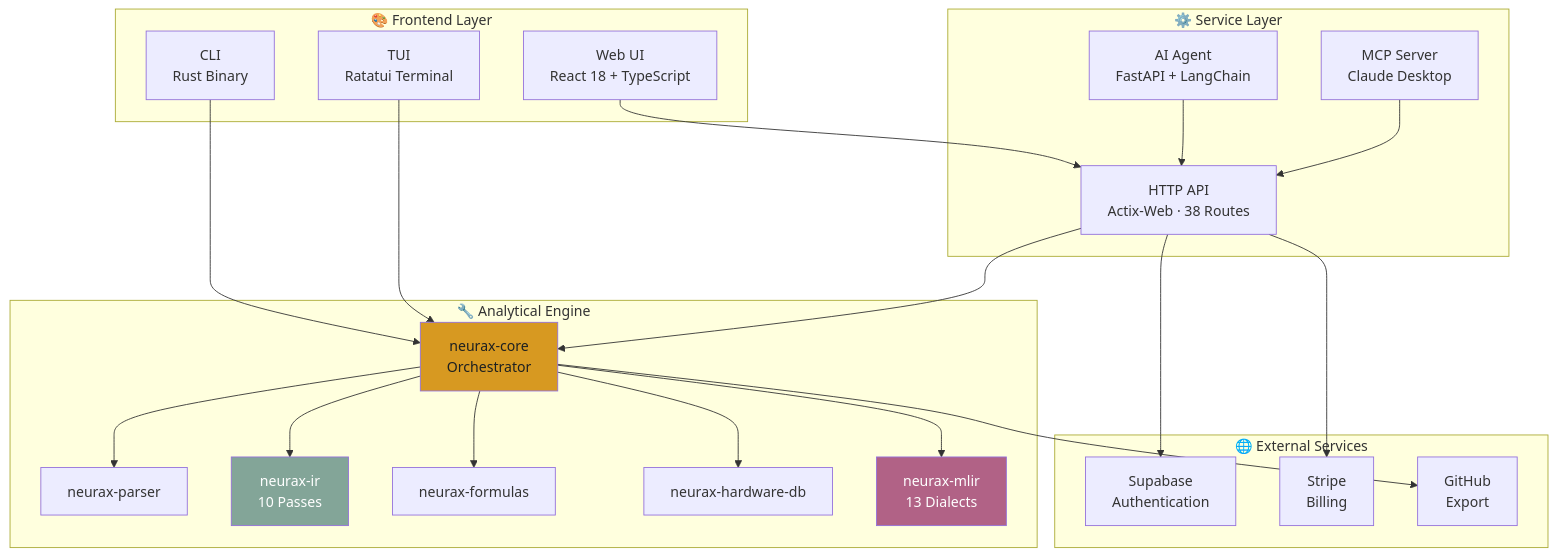
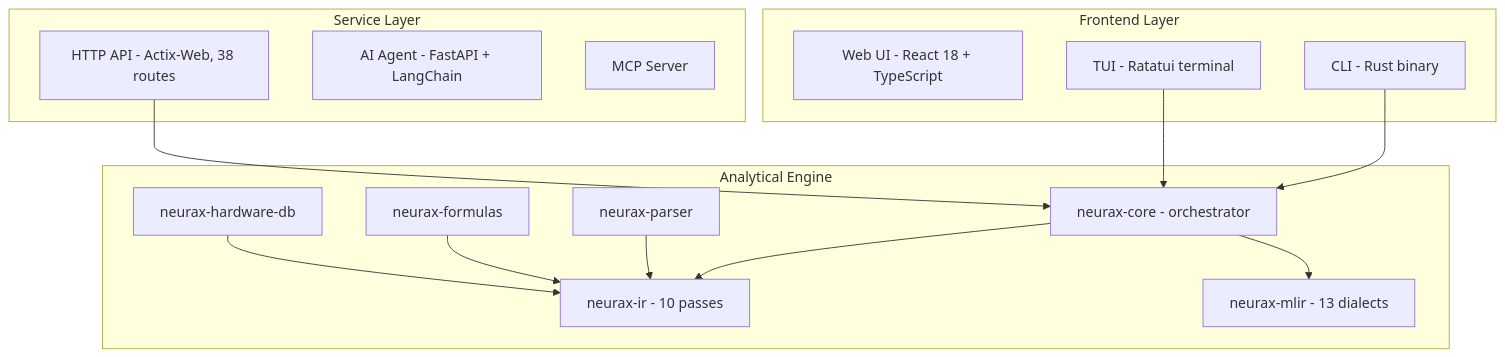
One commit to NEURAX-canvas/NEURAX changed the third of 3 diagrams in README.md. Above: the diagram before and after it, drawn with Mermaid. The commit also changed other lines of this file, not shown here.

````diff
--- a/README.md
+++ b/README.md
@@ -149,50 +123,29 @@
 ```mermaid
 graph TB
-    subgraph Frontend["🎨 Frontend Layer"]
-        UI[Web UI<br/>React 18 + TypeScript]
-        CLI[CLI<br/>Rust Binary]
-        TUI[TUI<br/>Ratatui Terminal]
+    subgraph Frontend["Frontend Layer"]
+        UI[Web UI - React 18 + TypeScript]
+        CLI[CLI - Rust binary]
+        TUI[TUI - Ratatui terminal]
     end
-    
-    subgraph Services["⚙️ Service Layer"]
-        API[HTTP API<br/>Actix-Web · 38 Routes]
-        Agent[AI Agent<br/>FastAPI + LangChain]
-        MCP[MCP Server<br/>Claude Desktop]
+    subgraph Services["Service Layer"]
+        API[HTTP API - Actix-Web, 38 routes]
+        Agent[AI Agent - FastAPI + LangChain]
+        MCP[MCP Server]
     end
-    
-    subgraph Engine["🔧 Analytical Engine"]
+    subgraph Engine["Analytical Engine"]
         Parser[neurax-parser]
-        IR[neurax-ir<br/>10 Passes]
-        Core[neurax-core<br/>Orchestrator]
+        IR[neurax-ir - 10 passes]
+        Core[neurax-core - orchestrator]
         Formulas[neurax-formulas]
         HW[neurax-hardware-db]
-        MLIR[neurax-mlir<br/>13 Dialects]
+        MLIR[neurax-mlir - 13 dialects]
     end
-    
-    subgraph External["🌐 External Services"]
-        Auth[Supabase<br/>Authentication]
-        Payment[Stripe<br/>Billing]
-        Git[GitHub<br/>Export]
-    end
-    
-    UI --> API
     CLI --> Core
     TUI --> Core
-    Agent --> API
-    MCP --> API
-    
     API --> Core
-    Core --> Parser
     Core --> IR
-    Core --> Formulas
-    Core --> HW
+    Parser --> IR
+    Formulas --> IR
+    HW --> IR
     Core --> MLIR
-    
-    API --> Auth
-    API --> Payment
-    Core --> Git
-    
-    style Core fill:#d79921,color:#1d2021
-    style IR fill:#83a598,color:#fff
-    style MLIR fill:#b16286,color:#fff
 ```
````
